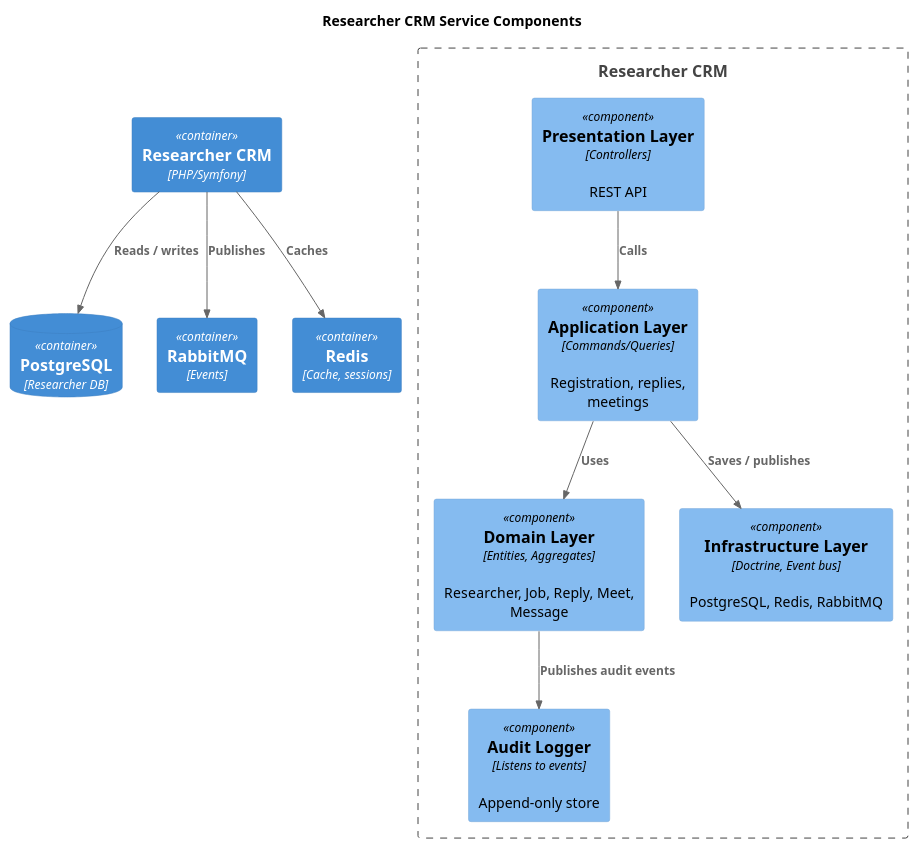
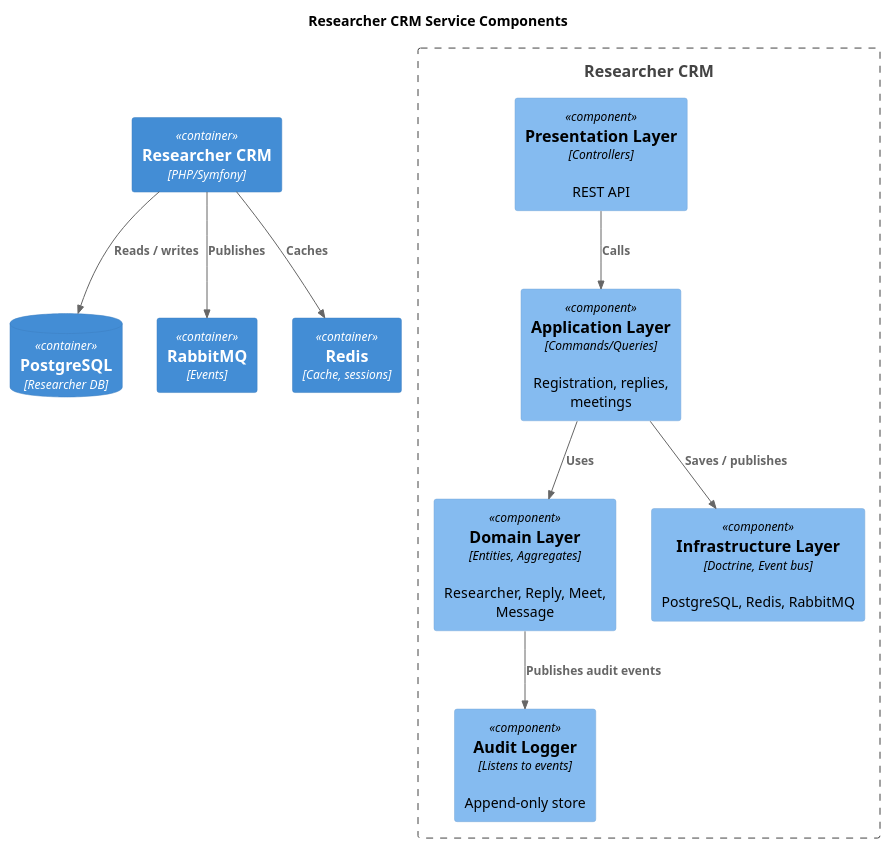
One commit to AIJobResearcher/docs changed the diagram in docs/c4/components-researcher-crm.puml. Above: the diagram before and after it, drawn with PlantUML. The commit also changed 21 other files, not shown here.

```diff
--- a/docs/c4/components-researcher-crm.puml
+++ b/docs/c4/components-researcher-crm.puml
@@ -1,29 +1,29 @@
 @startuml
 !include https://raw.githubusercontent.com/plantuml-stdlib/C4-PlantUML/master/C4_Component.puml
 
 title Researcher CRM Service Components
 
 Container(researcher_crm, "Researcher CRM", "PHP/Symfony")
 
 Boundary(researcher_boundary, "Researcher CRM") {
     Component(presentation, "Presentation Layer", "Controllers", "REST API")
     Component(application, "Application Layer", "Commands/Queries", "Registration, replies, meetings")
-    Component(domain, "Domain Layer", "Entities, Aggregates", "Researcher, Job, Reply, Meet, Message")
+    Component(domain, "Domain Layer", "Entities, Aggregates", "Researcher, Reply, Meet, Message")
     Component(infrastructure, "Infrastructure Layer", "Doctrine, Event bus", "PostgreSQL, Redis, RabbitMQ")
     Component(audit, "Audit Logger", "Listens to events", "Append-only store")
 
     Rel(presentation, application, "Calls")
     Rel(application, domain, "Uses")
     Rel(application, infrastructure, "Saves / publishes")
     Rel(domain, audit, "Publishes audit events")
 }
 
 ContainerDb(postgres, "PostgreSQL", "Researcher DB")
 Container(rabbitmq, "RabbitMQ", "Events")
 Container(redis, "Redis", "Cache, sessions")
 
 Rel(researcher_crm, postgres, "Reads / writes")
 Rel(researcher_crm, rabbitmq, "Publishes")
 Rel(researcher_crm, redis, "Caches")
 
 @enduml
```
